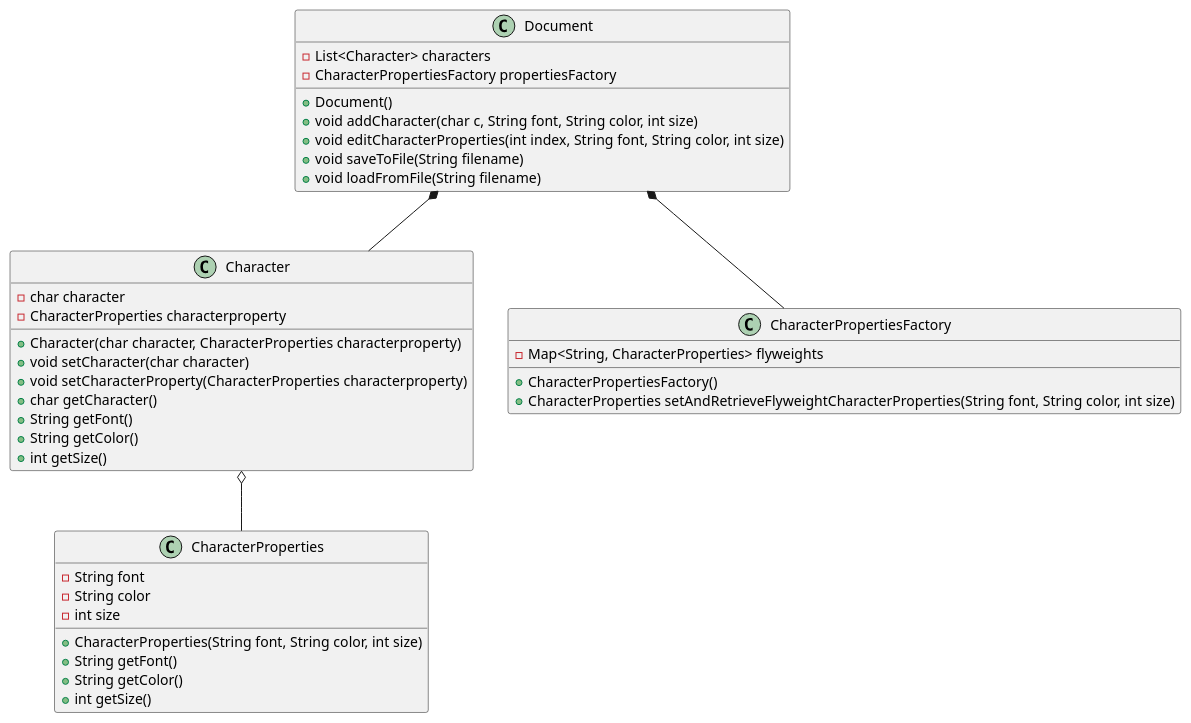
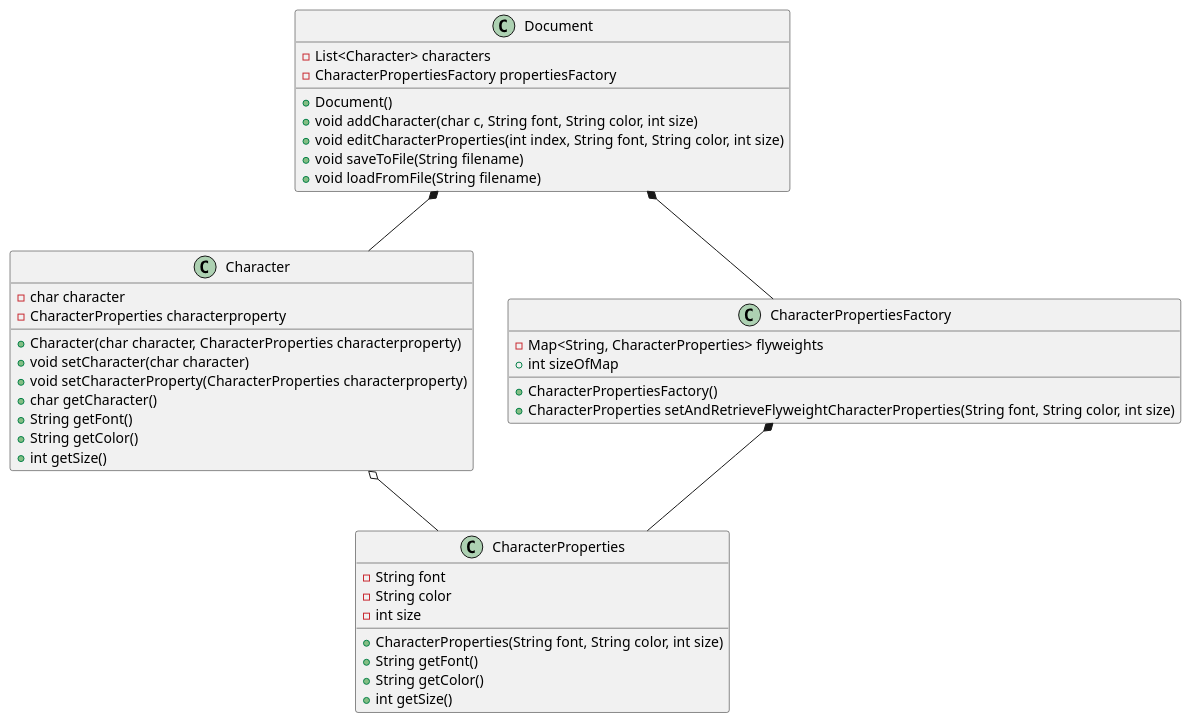
Before and after one commit to lxkedinh/cs-4800-hw-7: the diagram in src/flyweight/Class.puml, drawn with PlantUML. The commit also changed 4 other files, not shown here.

Commit message:
feat: corrected uml

```diff
--- a/src/flyweight/Class.puml
+++ b/src/flyweight/Class.puml
@@ -1,45 +1,47 @@
 @startuml
 class Character {
 - char character
 - CharacterProperties characterproperty
 + Character(char character, CharacterProperties characterproperty)
 + void setCharacter(char character)
 + void setCharacterProperty(CharacterProperties characterproperty)
 + char getCharacter()
 + String getFont()
 + String getColor()
 + int getSize()
 }
 
 class CharacterProperties {
 - String font
 - String color
 - int size
 + CharacterProperties(String font, String color, int size)
 + String getFont()
 + String getColor()
 + int getSize()
 }
 
 Character o-- CharacterProperties
 
 class CharacterPropertiesFactory {
 - Map<String, CharacterProperties> flyweights
 + CharacterPropertiesFactory()
 + CharacterProperties setAndRetrieveFlyweightCharacterProperties(String font, String color, int size)
++ int sizeOfMap
 }
 
 class Document {
 - List<Character> characters
 - CharacterPropertiesFactory propertiesFactory
 + Document()
 + void addCharacter(char c, String font, String color, int size)
 + void editCharacterProperties(int index, String font, String color, int size)
 + void saveToFile(String filename)
 + void loadFromFile(String filename)
 }
 
 Document *-- CharacterPropertiesFactory
 Document *-- Character
+CharacterPropertiesFactory *-- CharacterProperties
 
 @enduml
```
